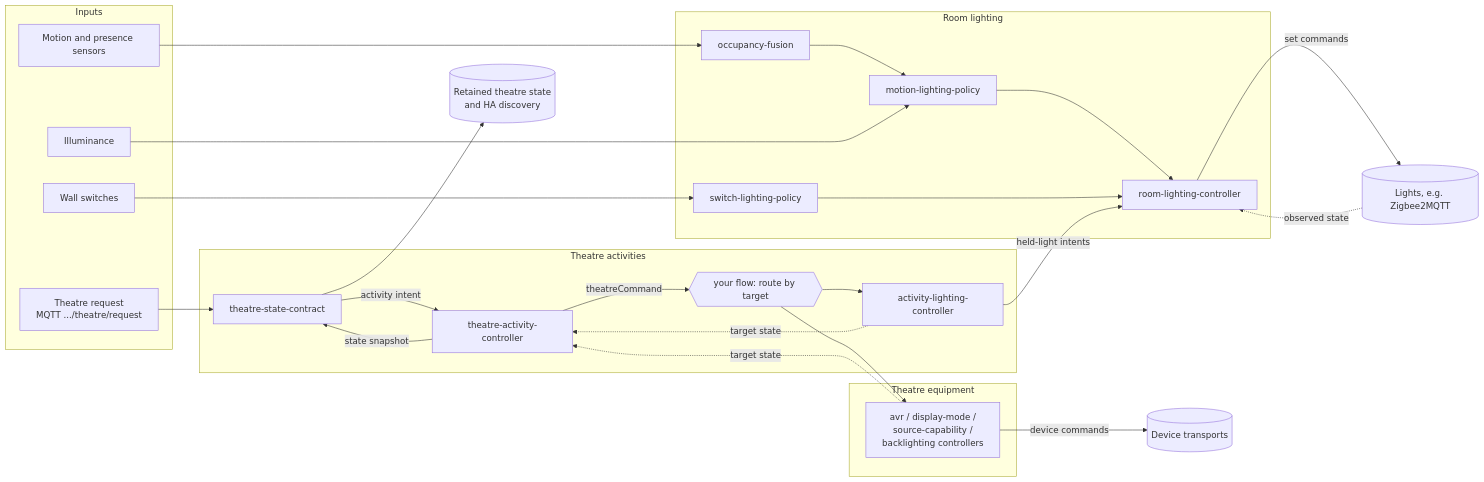
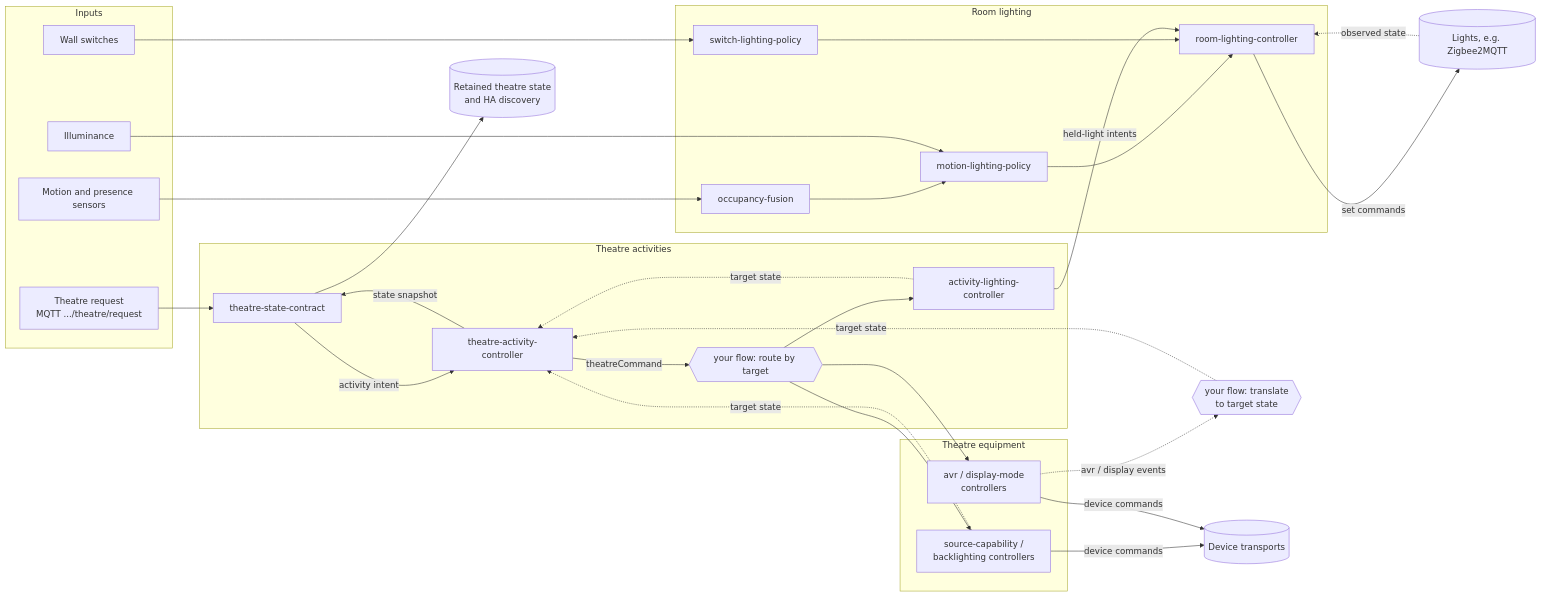
One commit to avantics-hq/node-red-home-automation changed the diagram in README.md. Above: the diagram before and after it, drawn with Mermaid. The commit also changed other lines of this file, not shown here.

First line of the commit message:
Correct how target state reaches the theatre activity controller

````diff
--- a/README.md
+++ b/README.md
@@ -23,46 +23,52 @@
 ```mermaid
 flowchart LR
   subgraph In[Inputs]
     SENS[Motion and presence sensors]
     LUX[Illuminance]
     WALL[Wall switches]
     REQ[Theatre request<br/>MQTT .../theatre/request]
   end
   subgraph Room[Room lighting]
     OCC[occupancy-fusion]
     MOT[motion-lighting-policy]
     SW[switch-lighting-policy]
     ROOM[room-lighting-controller]
   end
   subgraph Act[Theatre activities]
     CON[theatre-state-contract]
     ACT[theatre-activity-controller]
     ROUTE{{your flow: route by target}}
     AL[activity-lighting-controller]
   end
   subgraph Eq[Theatre equipment]
-    EQ[avr / display-mode /<br/>source-capability /<br/>backlighting controllers]
+    EQS[source-capability /<br/>backlighting controllers]
+    EQX[avr / display-mode<br/>controllers]
   end
+  TRANS{{your flow: translate<br/>to target state}}
   LIGHTS[(Lights, e.g. Zigbee2MQTT)]
   DEV[(Device transports)]
   STATE[(Retained theatre state<br/>and HA discovery)]
 
   SENS --> OCC --> MOT
   LUX --> MOT
   WALL --> SW
   MOT --> ROOM
   SW --> ROOM
   ROOM -- set commands --> LIGHTS
   LIGHTS -. observed state .-> ROOM
   REQ --> CON
   CON -- activity intent --> ACT
   ACT -- state snapshot --> CON
   CON --> STATE
   ACT -- theatreCommand --> ROUTE
-  ROUTE --> EQ
+  ROUTE --> EQS
+  ROUTE --> EQX
   ROUTE --> AL
-  EQ -- device commands --> DEV
-  EQ -. target state .-> ACT
+  EQS -- device commands --> DEV
+  EQX -- device commands --> DEV
+  EQS -. target state .-> ACT
+  EQX -. avr / display events .-> TRANS
+  TRANS -. target state .-> ACT
   AL -. target state .-> ACT
   AL -- held-light intents --> ROOM
 ```
````
